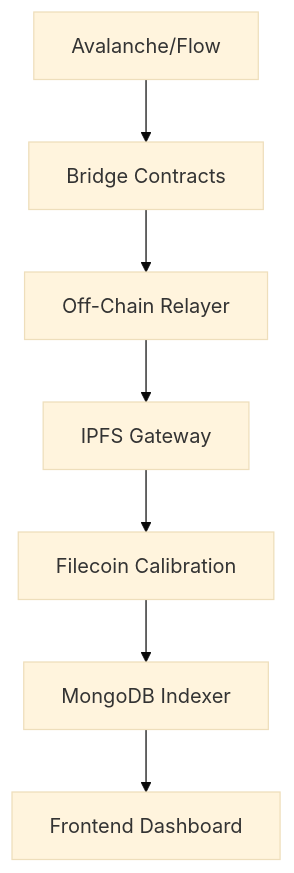
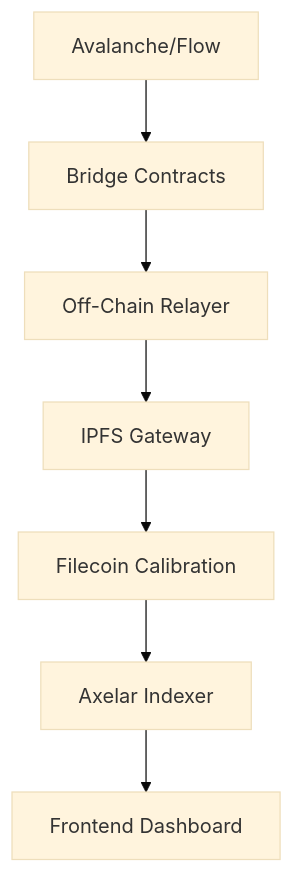
Before and after one commit to holyaustin/StorageSyncOrbit: the diagram in README.md, drawn with Mermaid (base theme). The commit also changed other lines of this file and 3 other files, not shown here.

Commit message:
flow contract deployment

````diff
--- a/README.md
+++ b/README.md
@@ -33,9 +33,9 @@
 ```mermaid
 graph TD
     A[Avalanche/Flow] --> B[Bridge Contracts]
     B --> C[Off-Chain Relayer]
     C --> D[IPFS Gateway]
     D --> E[Filecoin Calibration]
-    E --> F[MongoDB Indexer]
+    E --> F[Axelar Indexer]
     F --> G[Frontend Dashboard]
 ```
````
